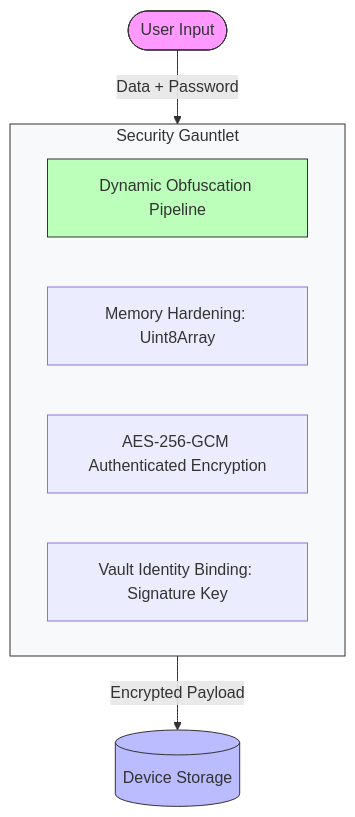
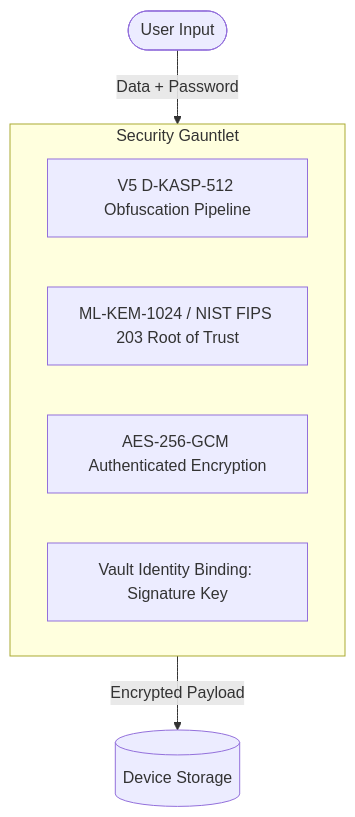
Before and after one commit to Kryklin/darkstar: the first of 2 diagrams in DARKSTAR_ARCHITECTURE.md, drawn with Mermaid. The commit also changed other lines of this file and 3 other files, not shown here.

Commit message:
docs: update architecture documentation to reflect D-KASP-512 specifications and ML-KEM-1024 integration.

````diff
--- a/DARKSTAR_ARCHITECTURE.md
+++ b/DARKSTAR_ARCHITECTURE.md
@@ -32,18 +32,13 @@
 ```mermaid
 graph TD
     User([User Input]) -->|Data + Password| Layers[Multi-Layer Protection]
 
     subgraph Layers [Security Gauntlet]
-        Obf[Dynamic Obfuscation Pipeline]
-        MemH[Memory Hardening: Uint8Array]
+        Obf[V5 D-KASP-512 Obfuscation Pipeline]
+        KEM[ML-KEM-1024 / NIST FIPS 203 Root of Trust]
         AES[AES-256-GCM Authenticated Encryption]
         Identity[Vault Identity Binding: Signature Key]
     end
 
     Layers -->|Encrypted Payload| Storage[(Device Storage)]
-
-    style User fill:#f9f,stroke:#333
-    style Layers fill:#f8f9fa,stroke:#333
-    style Storage fill:#bbf,stroke:#333
-    style Obf fill:#bfb,stroke:#333
 ```
````
